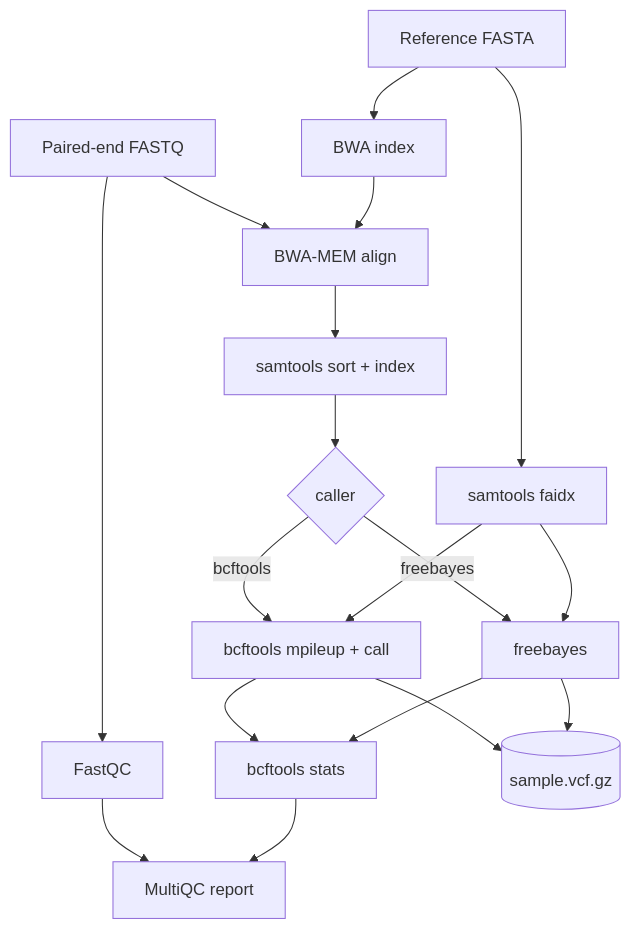
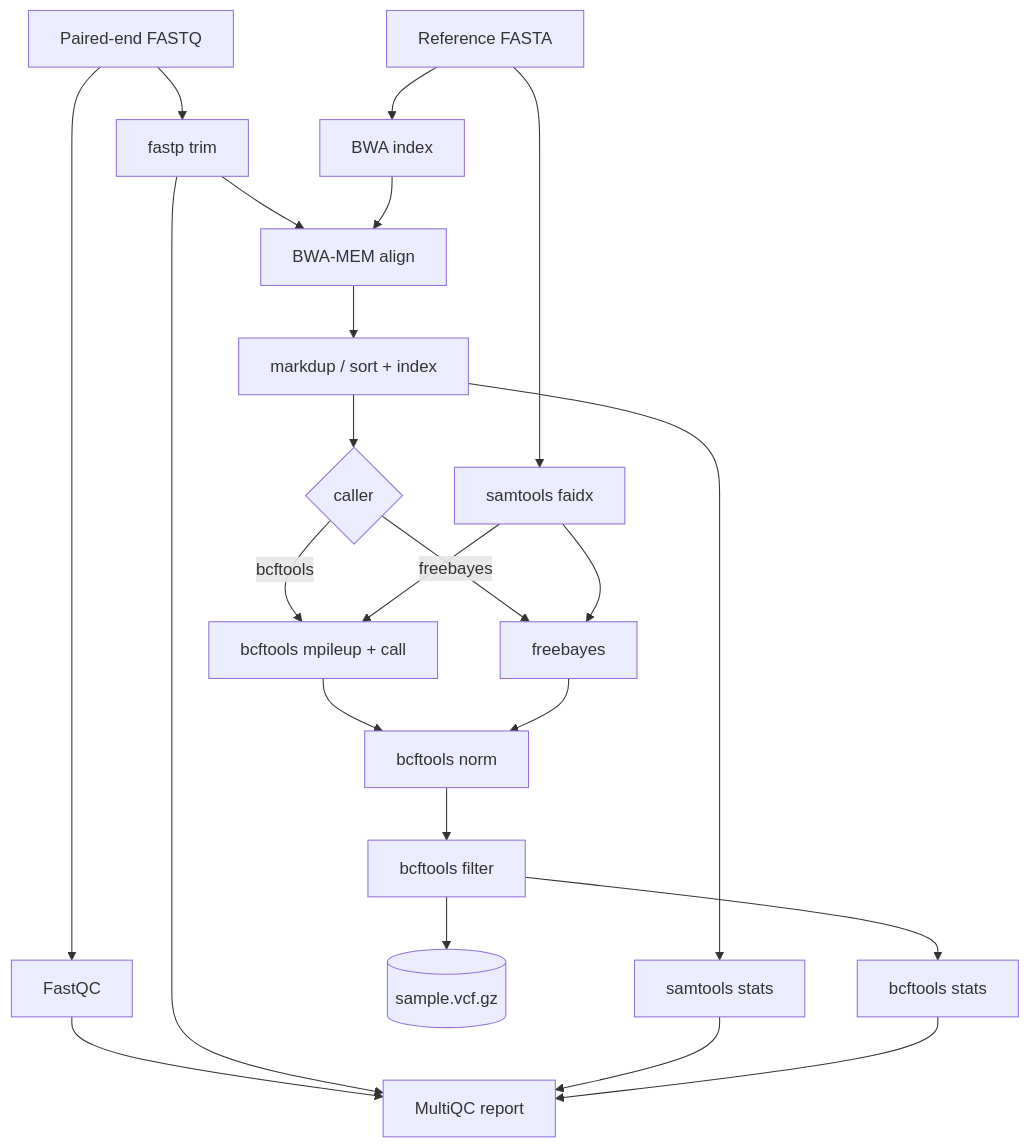
One commit to IvayloKiryazov/varcall-nf changed the diagram in README.md. Above: the diagram before and after it, drawn with Mermaid. The commit also changed other lines of this file and 21 other files, not shown here.

````diff
--- a/README.md
+++ b/README.md
@@ -38,20 +35,25 @@
 ```mermaid
 flowchart TD
     A[Paired-end FASTQ] --> B[FastQC]
-    A --> D[BWA-MEM align]
+    A --> T[fastp trim]
     R[Reference FASTA] --> C[BWA index]
     R --> F[samtools faidx]
+    T --> D[BWA-MEM align]
     C --> D
-    D --> E[samtools sort + index]
+    D --> E[markdup / sort + index]
+    E --> ST[samtools stats]
     E --> G{caller}
     G -->|bcftools| G1[bcftools mpileup + call]
     G -->|freebayes| G2[freebayes]
     F --> G1
     F --> G2
-    G1 --> H[bcftools stats]
-    G2 --> H
+    G1 --> N[bcftools norm]
+    G2 --> N
+    N --> FL[bcftools filter]
+    FL --> V[(sample.vcf.gz)]
+    FL --> H[bcftools stats]
     B --> I[MultiQC report]
+    T --> I
+    ST --> I
     H --> I
-    G1 --> V[(sample.vcf.gz)]
-    G2 --> V
 ```
````
